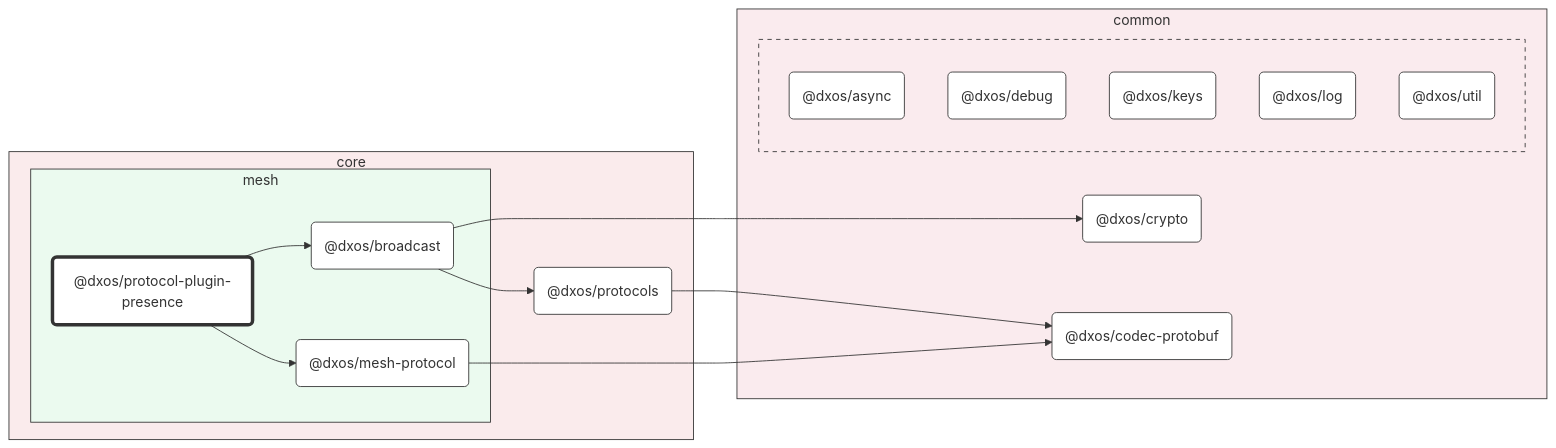
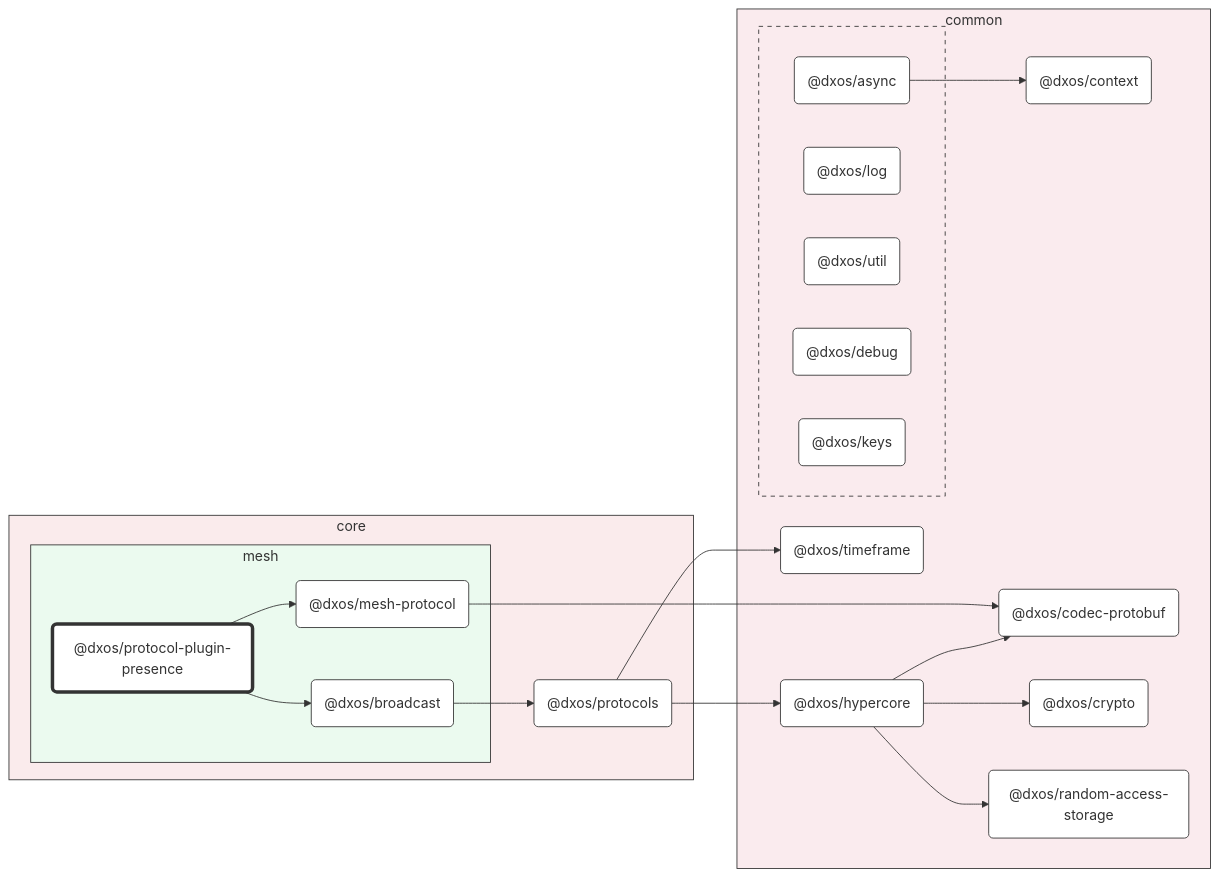
The diagram in packages/core/mesh/protocol-plugin-presence/docs/README.md (dxos/dxos), drawn with Mermaid before and after one commit. The commit also changed other lines of this file and 95 other files, not shown here.

Commit message:
Class diagrams.

````diff
--- a/packages/core/mesh/protocol-plugin-presence/docs/README.md
+++ b/packages/core/mesh/protocol-plugin-presence/docs/README.md
@@ -7,58 +7,70 @@
 ```mermaid
 %%{ init: {'flowchart':{'curve':'basis'}} }%%
 
 flowchart LR
 
 %% Classes
 classDef def fill:#fff,stroke:#333,stroke-width:1px
 classDef root fill:#fff,stroke:#333,stroke-width:4px
 
 %% Nodes
 
 subgraph core [core]
   style core fill:#faebec,stroke:#333
   dxos/protocols("@dxos/protocols"):::def
   click dxos/protocols "dxos/dxos/tree/main/packages/core/protocols/docs"
 
   subgraph mesh [mesh]
     style mesh fill:#ebfaef,stroke:#333
     dxos/protocol-plugin-presence("@dxos/protocol-plugin-presence"):::root
     click dxos/protocol-plugin-presence "dxos/dxos/tree/main/packages/core/mesh/protocol-plugin-presence/docs"
     dxos/broadcast("@dxos/broadcast"):::def
     click dxos/broadcast "dxos/dxos/tree/main/packages/core/mesh/broadcast/docs"
     dxos/mesh-protocol("@dxos/mesh-protocol"):::def
     click dxos/mesh-protocol "dxos/dxos/tree/main/packages/core/mesh/mesh-protocol/docs"
   end
 end
 
 subgraph common [common]
   style common fill:#faebee,stroke:#333
+  dxos/context("@dxos/context"):::def
+  click dxos/context "dxos/dxos/tree/main/packages/common/context/docs"
   dxos/codec-protobuf("@dxos/codec-protobuf"):::def
   click dxos/codec-protobuf "dxos/dxos/tree/main/packages/common/codec-protobuf/docs"
   dxos/crypto("@dxos/crypto"):::def
   click dxos/crypto "dxos/dxos/tree/main/packages/common/crypto/docs"
+  dxos/hypercore("@dxos/hypercore"):::def
+  click dxos/hypercore "dxos/dxos/tree/main/packages/common/hypercore/docs"
+  dxos/random-access-storage("@dxos/random-access-storage"):::def
+  click dxos/random-access-storage "dxos/dxos/tree/main/packages/common/random-access-storage/docs"
+  dxos/timeframe("@dxos/timeframe"):::def
+  click dxos/timeframe "dxos/dxos/tree/main/packages/common/timeframe/docs"
 
   subgraph _ [ ]
     style _ fill:#faebee,stroke:#333,stroke-dasharray:5 5
     dxos/async("@dxos/async"):::def
     click dxos/async "dxos/dxos/tree/main/packages/common/async/docs"
+    dxos/log("@dxos/log"):::def
+    click dxos/log "dxos/dxos/tree/main/packages/common/log/docs"
+    dxos/util("@dxos/util"):::def
+    click dxos/util "dxos/dxos/tree/main/packages/common/util/docs"
     dxos/debug("@dxos/debug"):::def
     click dxos/debug "dxos/dxos/tree/main/packages/common/debug/docs"
     dxos/keys("@dxos/keys"):::def
     click dxos/keys "dxos/dxos/tree/main/packages/common/keys/docs"
-    dxos/log("@dxos/log"):::def
-    click dxos/log "dxos/dxos/tree/main/packages/common/log/docs"
-    dxos/util("@dxos/util"):::def
-    click dxos/util "dxos/dxos/tree/main/packages/common/util/docs"
   end
 end
 
 %% Links
 linkStyle default stroke:#333,stroke-width:1px
 dxos/protocol-plugin-presence --> dxos/broadcast
-dxos/broadcast --> dxos/crypto
+dxos/async --> dxos/context
 dxos/broadcast --> dxos/protocols
-dxos/protocols --> dxos/codec-protobuf
+dxos/protocols --> dxos/hypercore
+dxos/hypercore --> dxos/codec-protobuf
+dxos/hypercore --> dxos/crypto
+dxos/hypercore --> dxos/random-access-storage
+dxos/protocols --> dxos/timeframe
 dxos/protocol-plugin-presence --> dxos/mesh-protocol
 dxos/mesh-protocol --> dxos/codec-protobuf
 ```
````
